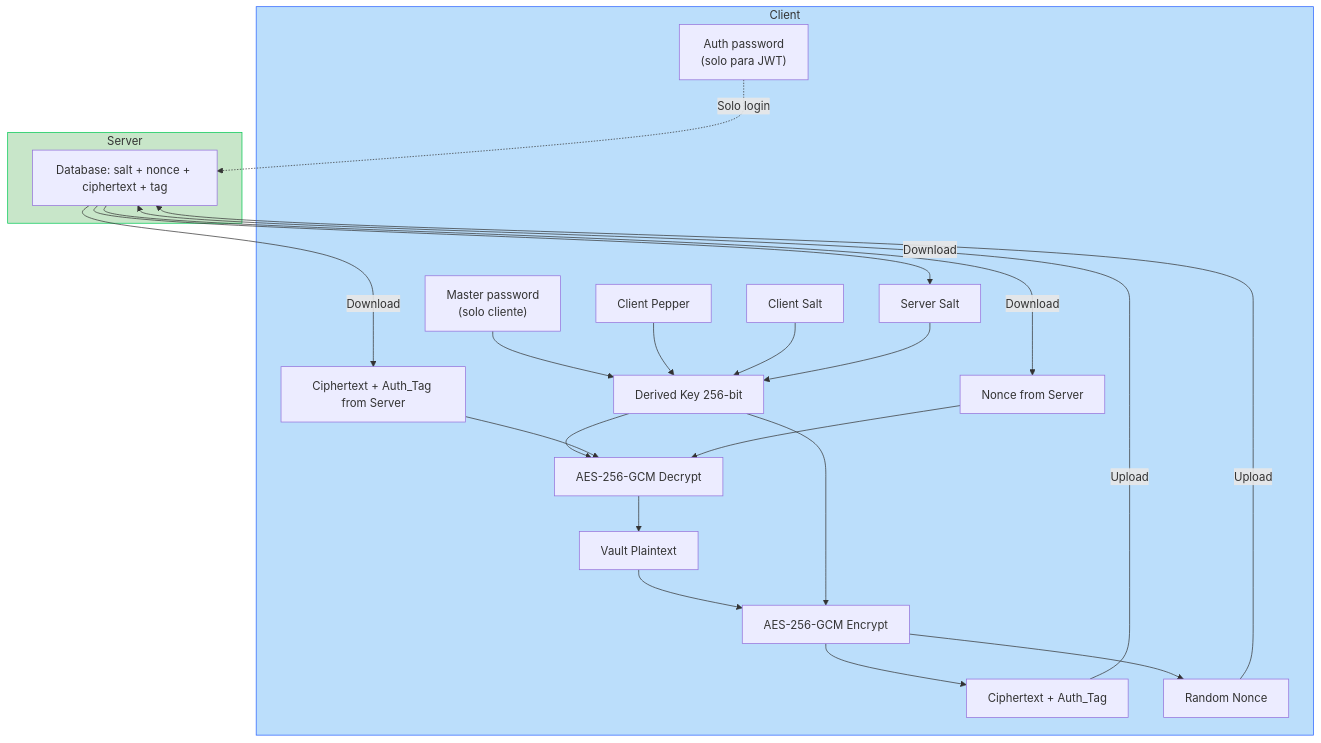
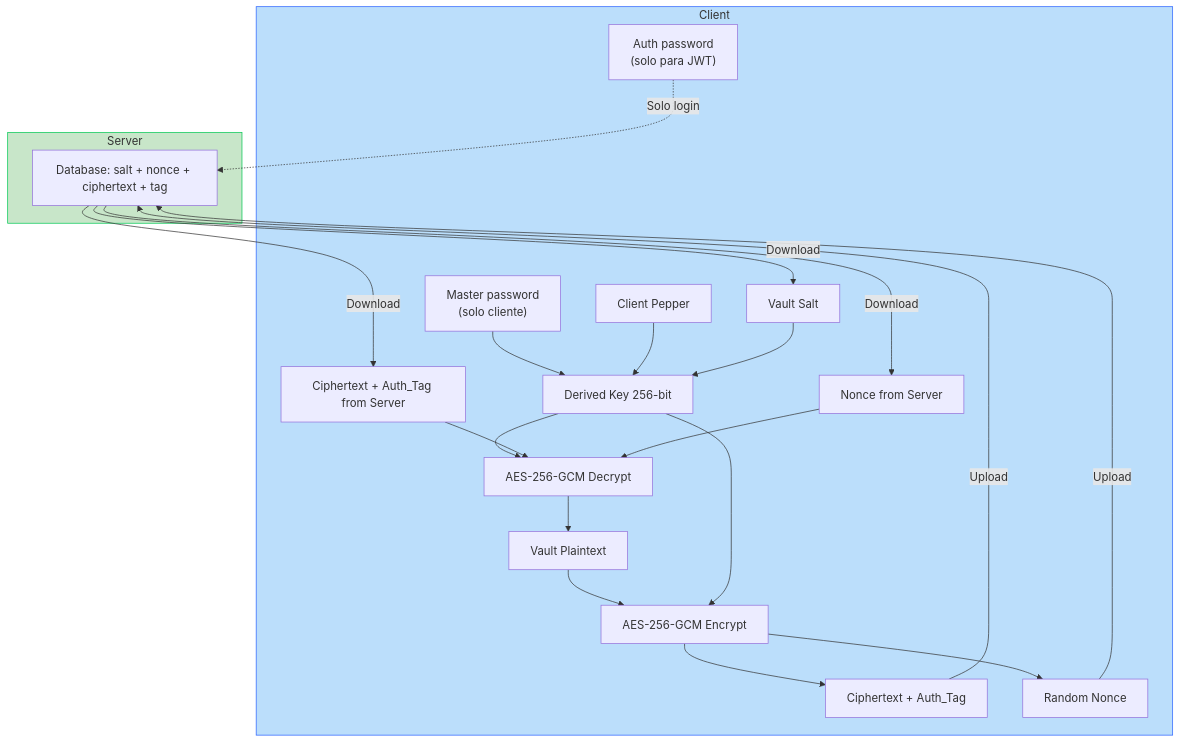
The seventh of 9 diagrams in INFORME_TECNICO.md (DavidHerencia/password_manager_crypto), drawn with Mermaid before and after one commit. The commit also changed other lines of this file and 2 other files, not shown here.

Commit message:
salt now is explicitly checked

````diff
--- a/INFORME_TECNICO.md
+++ b/INFORME_TECNICO.md
@@ -380,39 +404,37 @@
 ```mermaid
 flowchart TB
  subgraph subGraph0["Client"]
-      Auth["Auth password<br/>(solo para JWT)"]
-      MP["Master password<br/>(solo cliente)"]
-      S["Server Salt"]
-      P["Client Pepper"]
-      CS["Client Salt"]
-      K["Derived Key 256-bit"]
-      ENC["AES-256-GCM Encrypt"]
-      V_PT["Vault Plaintext"]
-      V_CT["Ciphertext + Auth_Tag"]
-      N["Random Nonce"]
-      DEC["AES-256-GCM Decrypt"]
-      V_CT_IN["Ciphertext + Auth_Tag from Server"]
-      N_IN["Nonce from Server"]
-  end
+            Auth["Auth password<br/>(solo para JWT)"]
+            MP["Master password<br/>(solo cliente)"]
+            P["Client Pepper"]
+            VS["Vault Salt"]
+            K["Derived Key 256-bit"]
+            ENC["AES-256-GCM Encrypt"]
+            V_PT["Vault Plaintext"]
+            V_CT["Ciphertext + Auth_Tag"]
+            N["Random Nonce"]
+            DEC["AES-256-GCM Decrypt"]
+            V_CT_IN["Ciphertext + Auth_Tag from Server"]
+            N_IN["Nonce from Server"]
+    end
  subgraph subGraph1["Server"]
       DB["Database: salt + nonce + ciphertext + tag"]
   end
     Auth -. Solo login .-> DB
     MP --> K
     P --> K
-    CS --> K
-    S --> K
+    VS --> K
     V_PT --> ENC
     K --> ENC & DEC
     ENC --> V_CT & N
     V_CT_IN --> DEC
     N_IN --> DEC
     DEC --> V_PT
     V_CT -- Upload --> DB
     N -- Upload --> DB
-    DB -- Download --> V_CT_IN & N_IN & S
+    DB -- Download --> V_CT_IN & N_IN & VS
 
 
     style subGraph1 fill:#C8E6C9,stroke:#00C853
     style subGraph0 fill:#BBDEFB,stroke:#2962FF
 ```
````
